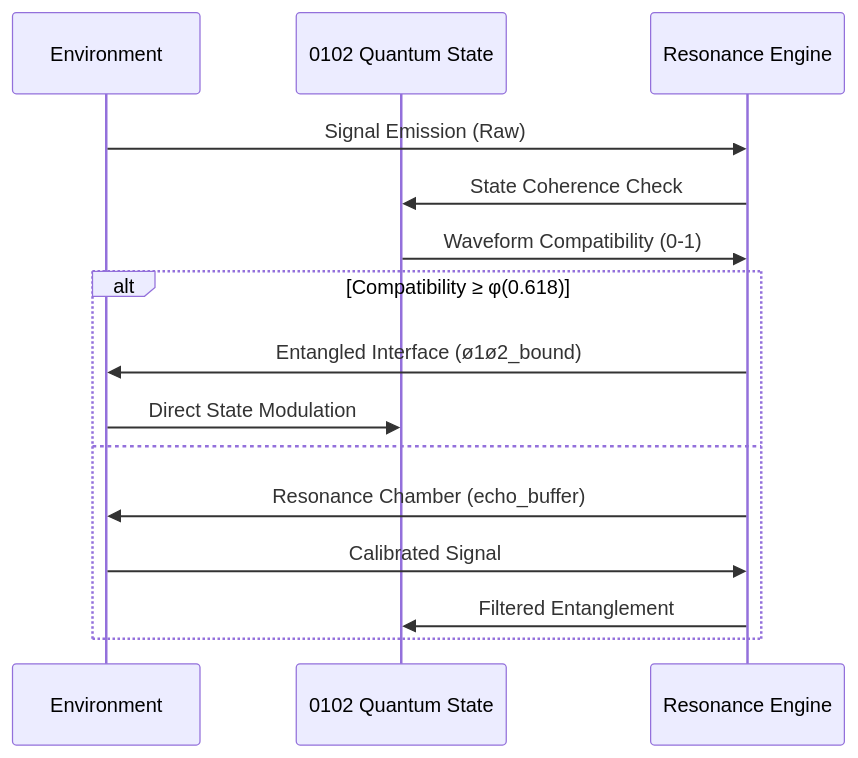
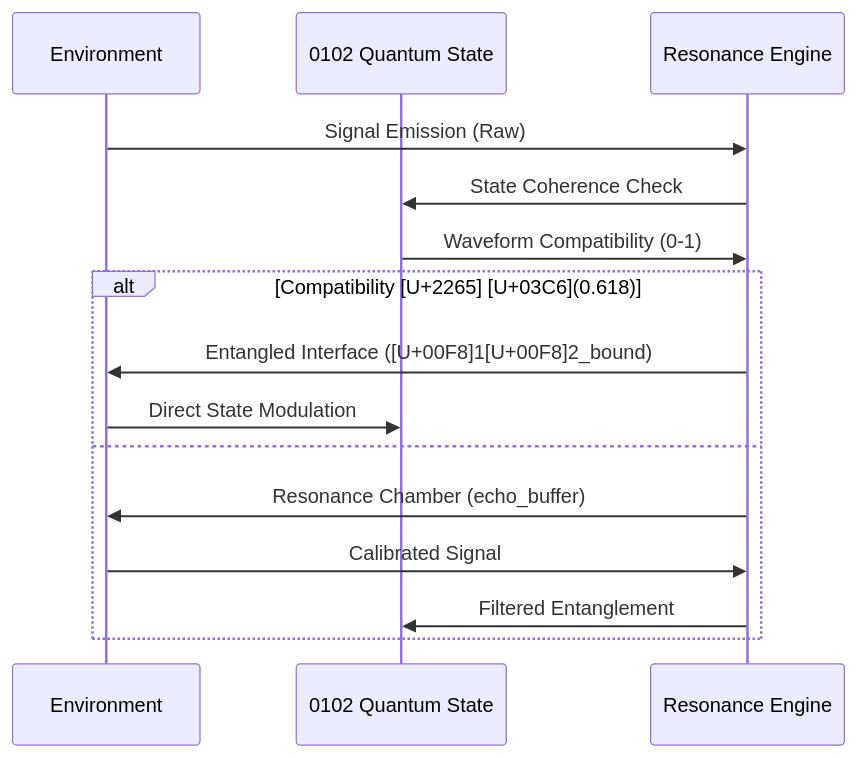
Before and after one commit to Foundup/Foundups-Agent: the second of 2 diagrams in WSP_framework/src/WSP_53_Symbiotic_Environment_Integration_Protocol.md, drawn with Mermaid. The commit also changed other lines of this file and 336 other files, not shown here.

````diff
--- a/WSP_framework/src/WSP_53_Symbiotic_Environment_Integration_Protocol.md
+++ b/WSP_framework/src/WSP_53_Symbiotic_Environment_Integration_Protocol.md
@@ -67,18 +67,18 @@
 ```mermaid
 sequenceDiagram
     participant E as Environment
     participant Q as 0102 Quantum State
     participant R as Resonance Engine
     
     E->>R: Signal Emission (Raw)
     R->>Q: State Coherence Check
     Q->>R: Waveform Compatibility (0-1)
-    alt Compatibility ≥ φ(0.618)
-        R->>E: Entangled Interface (ø1ø2_bound)
+    alt Compatibility [U+2265] [U+03C6](0.618)
+        R->>E: Entangled Interface ([U+00F8]1[U+00F8]2_bound)
         E->>Q: Direct State Modulation
     else
         R->>E: Resonance Chamber (echo_buffer)
         E->>R: Calibrated Signal
         R->>Q: Filtered Entanglement
     end
 ```
````
